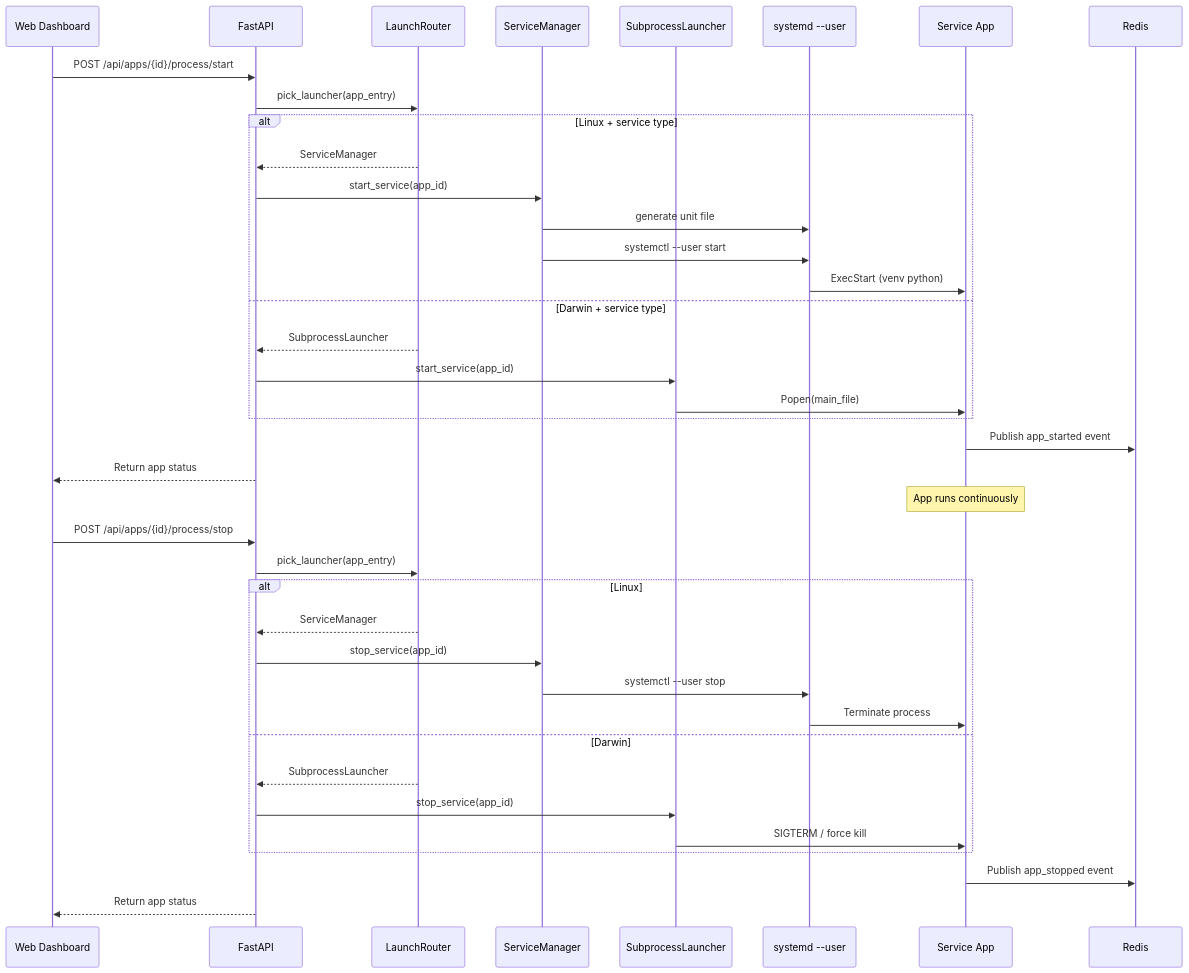
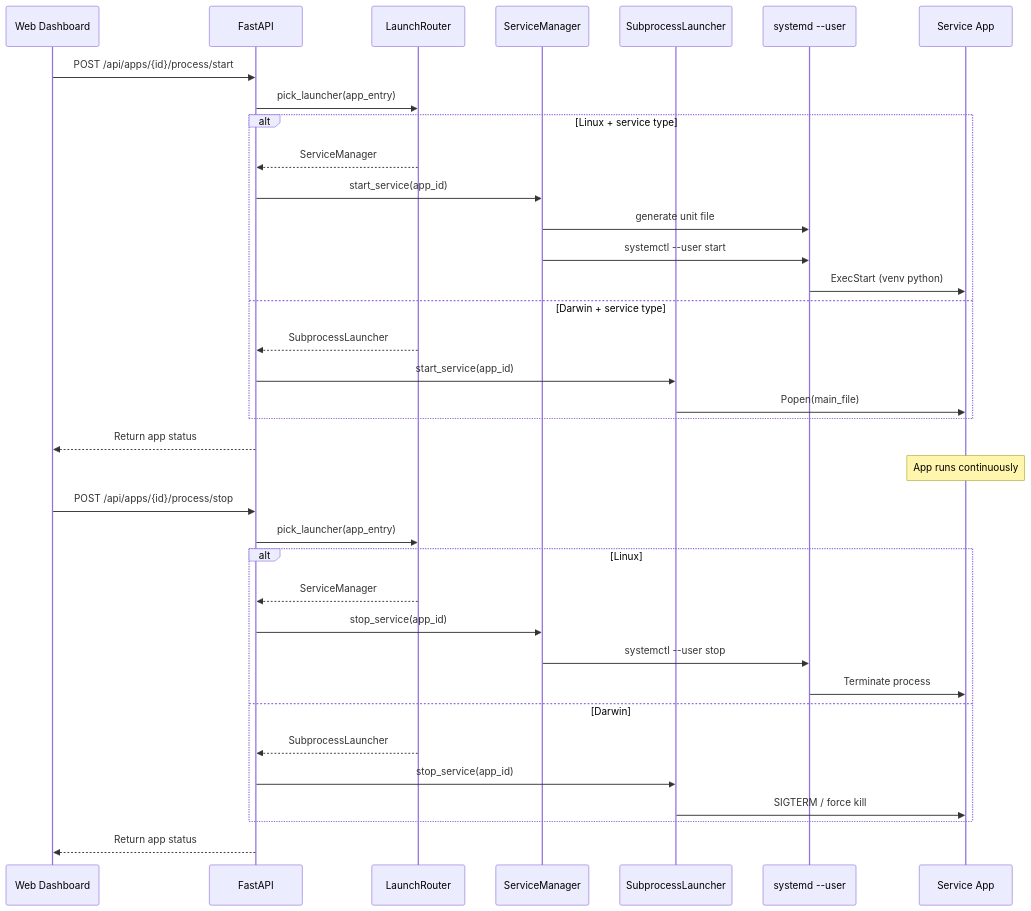
One commit to felipe-stanham/Latarnia changed the fifth of 7 diagrams in docs/System/architecture.md. Above: the diagram before and after it, drawn with Mermaid. The commit also changed other lines of this file and 10 other files, not shown here.

````diff
--- a/docs/System/architecture.md
+++ b/docs/System/architecture.md
@@ -417,44 +421,41 @@
 ```mermaid
 sequenceDiagram
     participant UI as Web Dashboard
     participant API as FastAPI
     participant Router as LaunchRouter
     participant SM as ServiceManager
     participant Sub as SubprocessLauncher
     participant systemd as systemd --user
     participant App as Service App
-    participant Redis as Redis
 
     UI->>API: POST /api/apps/{id}/process/start
     API->>Router: pick_launcher(app_entry)
     alt Linux + service type
         Router-->>API: ServiceManager
         API->>SM: start_service(app_id)
         SM->>systemd: generate unit file
         SM->>systemd: systemctl --user start
         systemd->>App: ExecStart (venv python)
     else Darwin + service type
         Router-->>API: SubprocessLauncher
         API->>Sub: start_service(app_id)
         Sub->>App: Popen(main_file)
     end
-    App->>Redis: Publish app_started event
     API-->>UI: Return app status
 
     Note over App: App runs continuously
 
     UI->>API: POST /api/apps/{id}/process/stop
     API->>Router: pick_launcher(app_entry)
     alt Linux
         Router-->>API: ServiceManager
         API->>SM: stop_service(app_id)
         SM->>systemd: systemctl --user stop
         systemd->>App: Terminate process
     else Darwin
         Router-->>API: SubprocessLauncher
         API->>Sub: stop_service(app_id)
         Sub->>App: SIGTERM / force kill
     end
-    App->>Redis: Publish app_stopped event
     API-->>UI: Return app status
 ```
````
